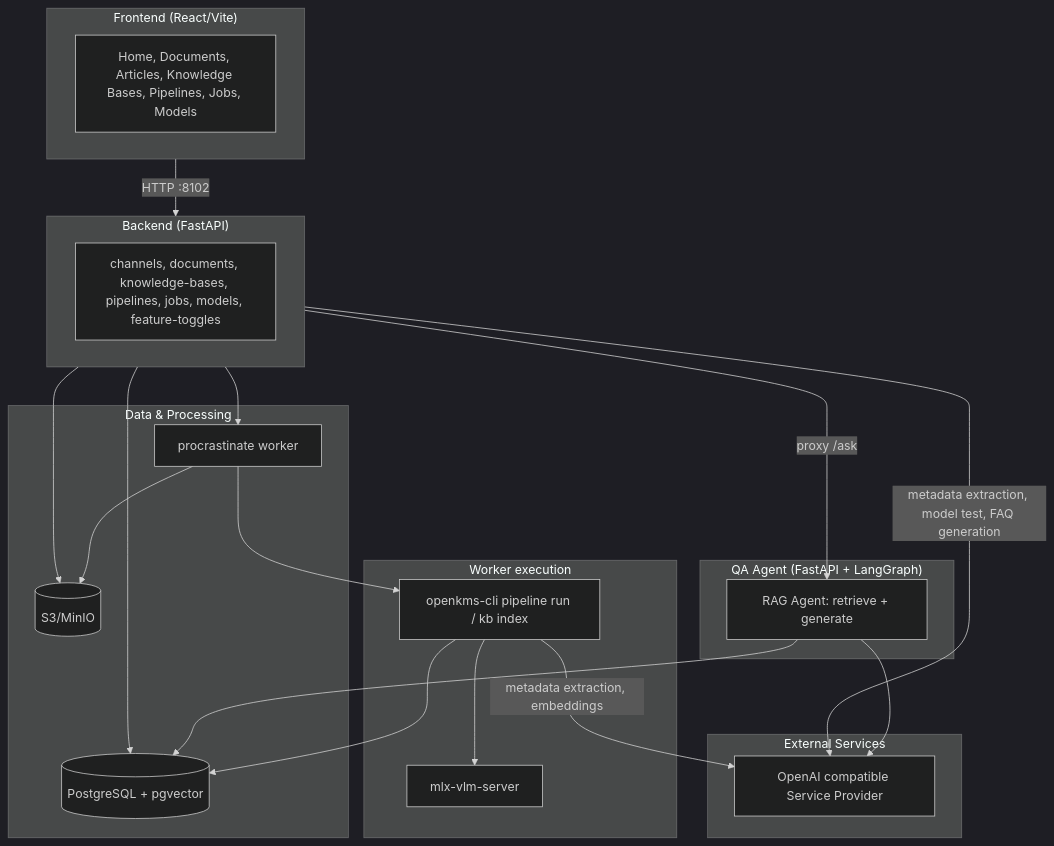
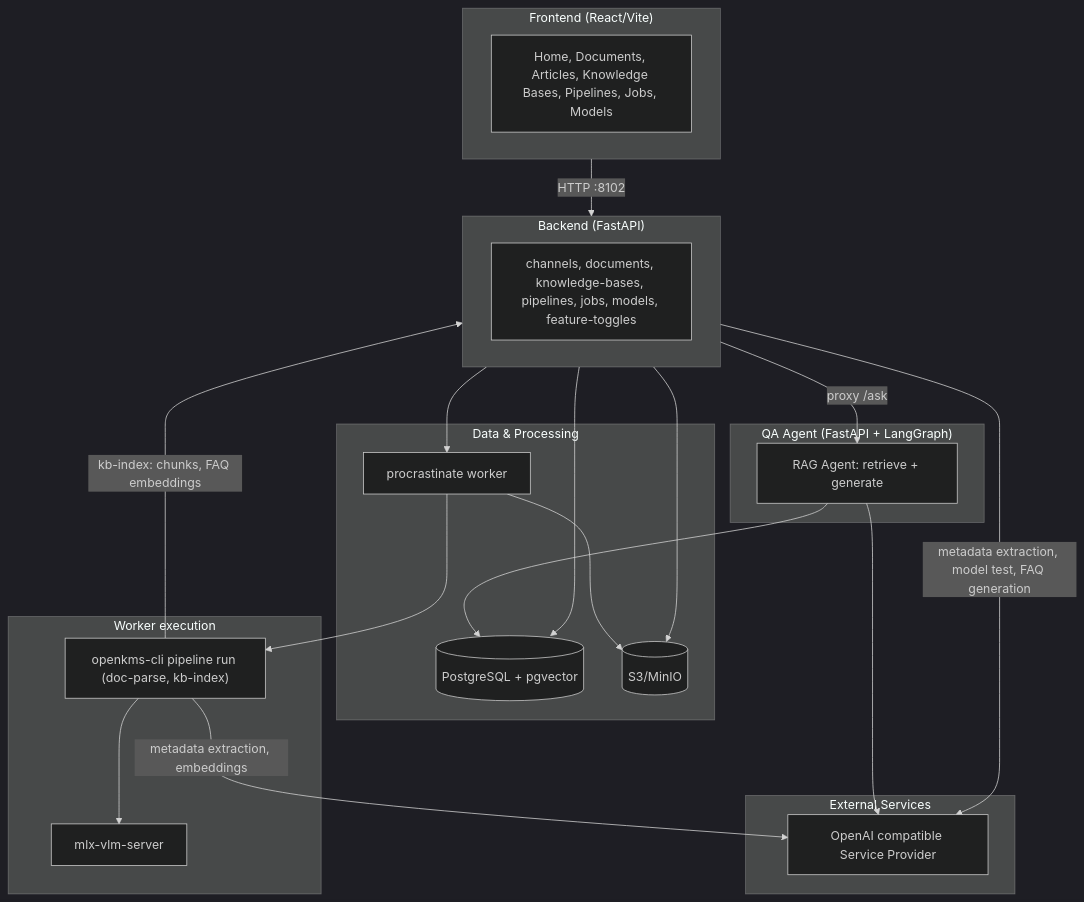
The first of 5 diagrams in docs/architecture.md (yingrui/openKMS), drawn with Mermaid (dark theme) before and after one commit. The commit also changed other lines of this file and 13 other files, not shown here.

````diff
--- a/docs/architecture.md
+++ b/docs/architecture.md
@@ -5,43 +5,43 @@
 ```mermaid
 flowchart TB
   subgraph Frontend["Frontend (React/Vite)"]
     FE["Home, Documents, Articles, Knowledge Bases, Pipelines, Jobs, Models"]
   end
 
   subgraph Backend["Backend (FastAPI)"]
     API["channels, documents, knowledge-bases, pipelines, jobs, models, feature-toggles"]
   end
 
   subgraph Storage["Data & Processing"]
     PG[("PostgreSQL + pgvector")]
     S3[(S3/MinIO)]
     Worker["procrastinate worker"]
   end
 
   subgraph WorkerDetail["Worker execution"]
-    CLI["openkms-cli pipeline run / kb index"]
+    CLI["openkms-cli pipeline run (doc-parse, kb-index)"]
     VLM["mlx-vlm-server"]
   end
 
   subgraph QAAgent["QA Agent (FastAPI + LangGraph)"]
     Agent["RAG Agent: retrieve + generate"]
   end
 
   subgraph External["External Services"]
     LLM["OpenAI compatible Service Provider"]
   end
 
   Frontend -->|HTTP :8102| Backend
   Backend --> PG
   Backend --> S3
   Backend --> Worker
   Backend -->|metadata extraction, model test, FAQ generation| LLM
   Backend -->|proxy /ask| Agent
   Agent --> PG
   Agent --> LLM
   Worker --> S3
   Worker --> CLI
   CLI --> VLM
   CLI -->|metadata extraction, embeddings| LLM
-  CLI --> PG
+  CLI -->|kb-index: chunks, FAQ embeddings| Backend
 ```
````
